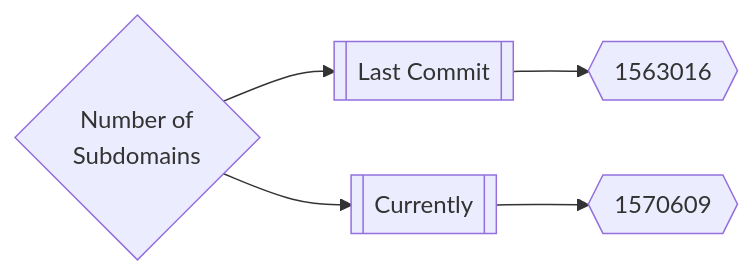
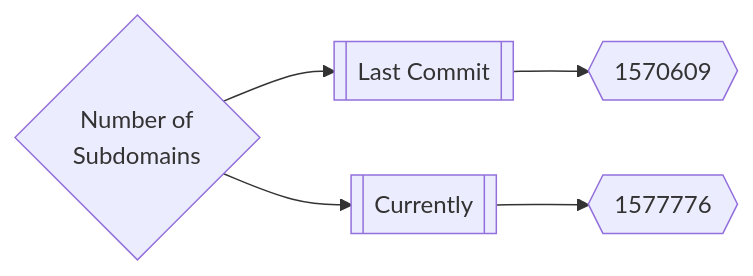
The first of 3 diagrams in README.md (trickest/inventory), drawn with Mermaid before and after one commit. The commit also changed other lines of this file, not shown here.

Commit message:
Update Mon Apr 25 14:05:23 UTC 2022

````diff
--- a/README.md
+++ b/README.md
@@ -165,5 +165,5 @@
 ```mermaid
 graph LR
-title{Number of<br>Subdomains} --> subdomainsDate1[[Last Commit]] --> subdomainsNum1{{1563016}}
-title --> subdomainsDate2[[Currently]] --> subdomainsNum2{{1570609}}
+title{Number of<br>Subdomains} --> subdomainsDate1[[Last Commit]] --> subdomainsNum1{{1570609}}
+title --> subdomainsDate2[[Currently]] --> subdomainsNum2{{1577776}}
 ```
````
